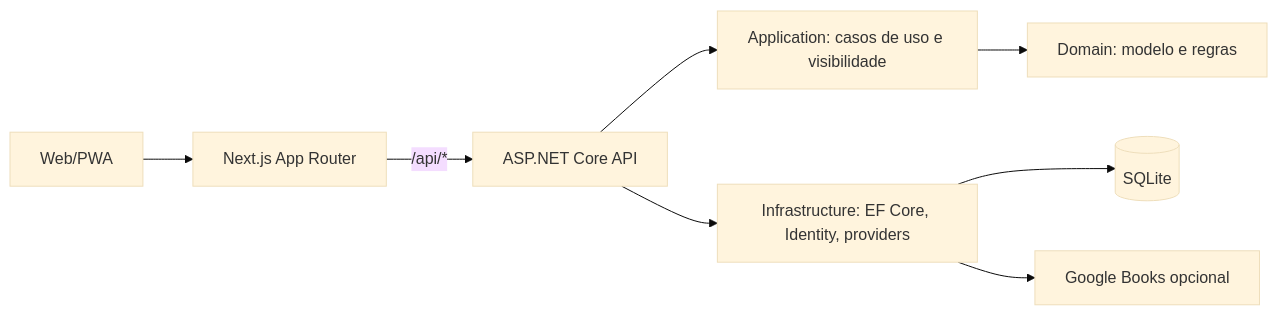
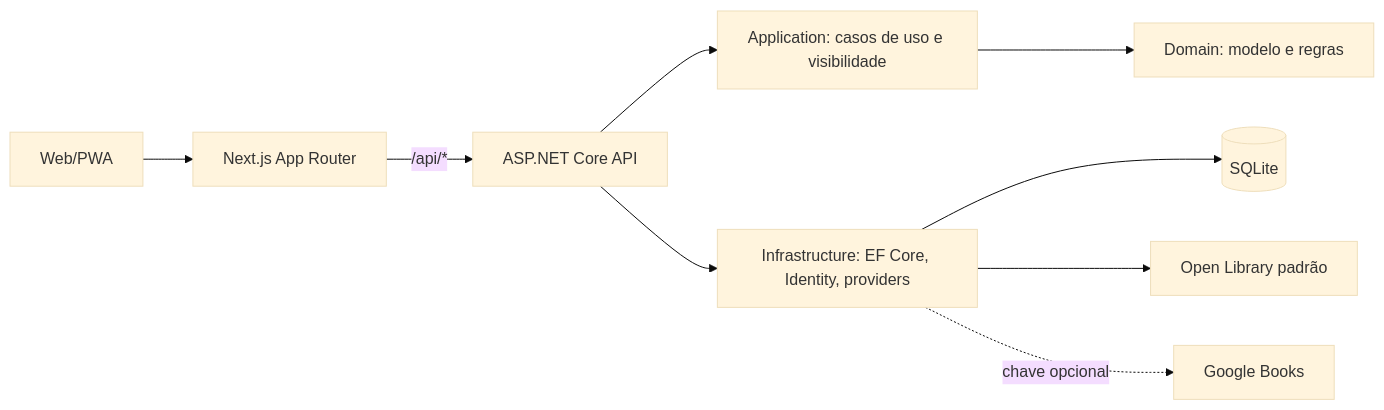
The first of 2 diagrams in docs/architecture.md (DiogoJP202/Mnemora), drawn with Mermaid (base theme) before and after one commit. The commit also changed other lines of this file and 40 other files, not shown here.

````diff
--- a/docs/architecture.md
+++ b/docs/architecture.md
@@ -3,10 +3,11 @@
 ```mermaid
 flowchart LR
   Browser[Web/PWA] --> Next[Next.js App Router]
   Next -->|/api/*| API[ASP.NET Core API]
   API --> Application[Application: casos de uso e visibilidade]
   Application --> Domain[Domain: modelo e regras]
   API --> Infrastructure[Infrastructure: EF Core, Identity, providers]
   Infrastructure --> SQLite[(SQLite)]
-  Infrastructure --> Google[Google Books opcional]
+  Infrastructure --> OpenLibrary[Open Library padrão]
+  Infrastructure -. chave opcional .-> Google[Google Books]
 ```
````
